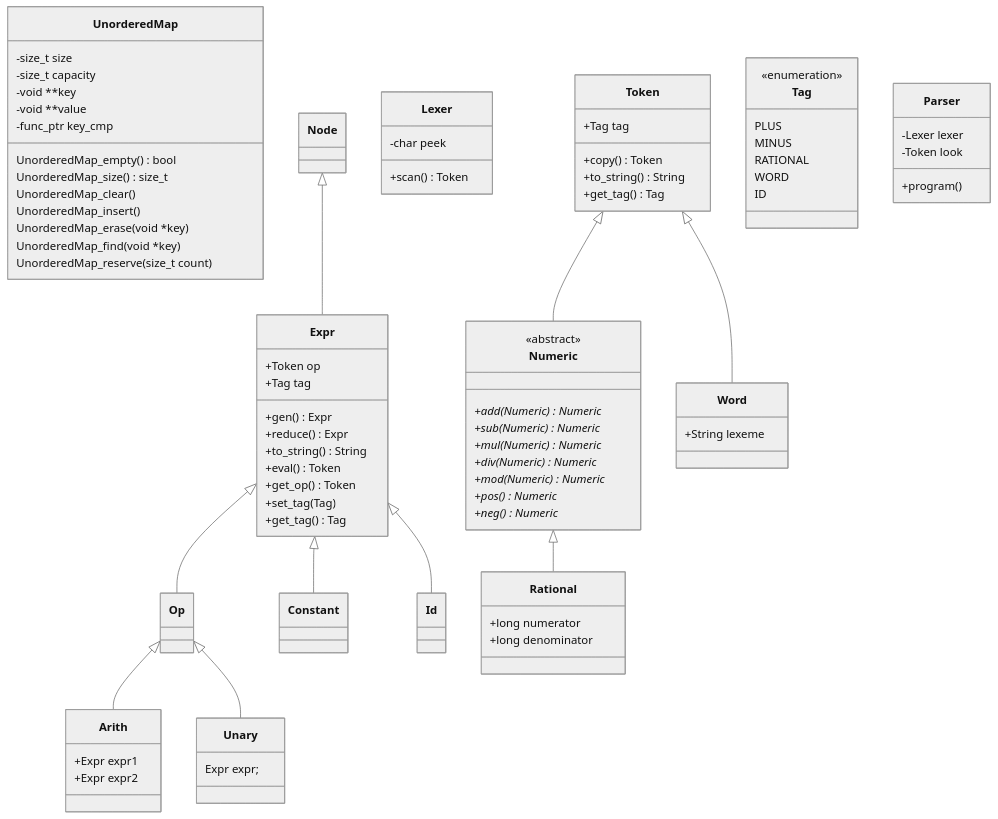
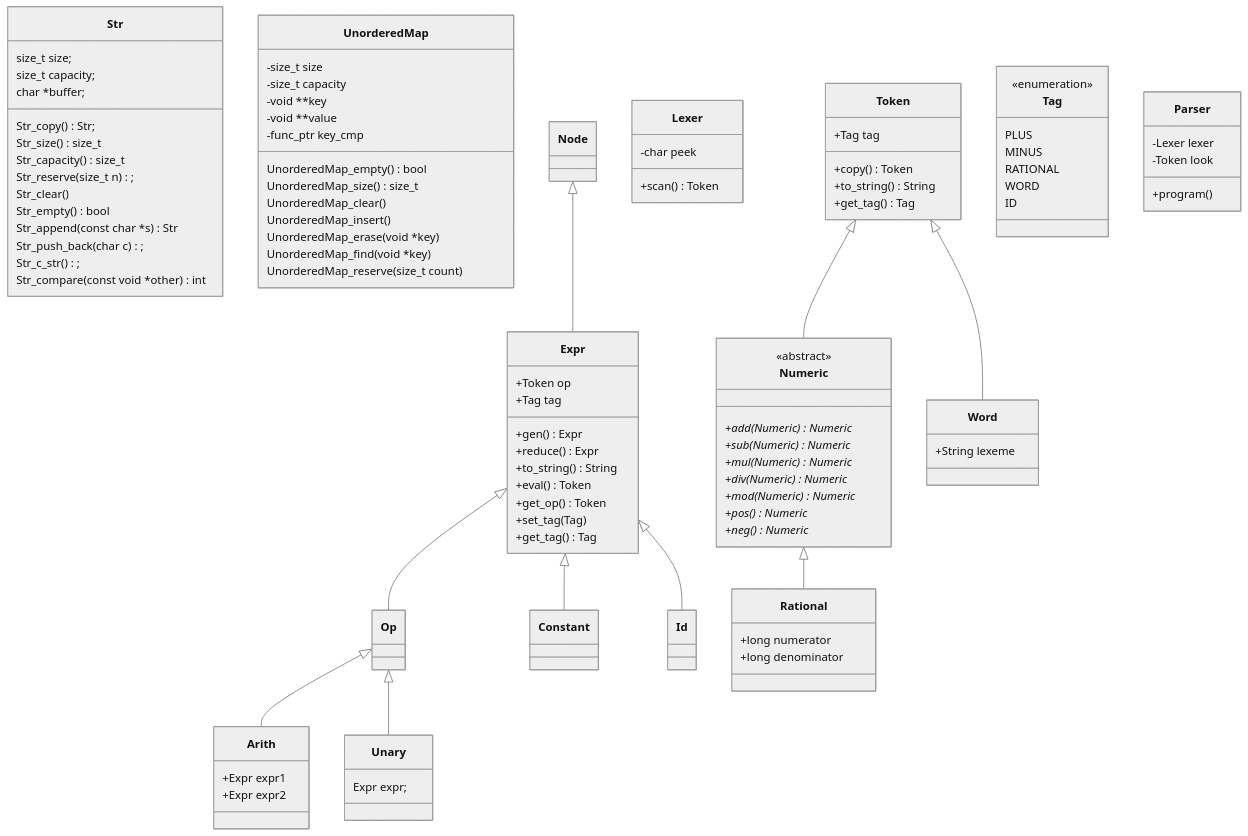
One commit to nwhean/42_computorv changed the diagram in diagram.md. Above: the diagram before and after it, drawn with Mermaid (neutral theme). The commit also changed 12 other files, not shown here.

````diff
--- a/diagram.md
+++ b/diagram.md
@@ -1,6 +1,22 @@
 ```mermaid
 classDiagram
 	%% container
+
+	class Str {
+		size_t	size;
+		size_t	capacity;
+		char	*buffer;
+		Str_copy() Str;
+		Str_size() size_t
+		Str_capacity() size_t
+		Str_reserve(size_t n);
+		Str_clear()
+		Str_empty() bool
+		Str_append(const char *s) Str
+		Str_push_back(char c);
+		Str_c_str();
+		Str_compare(const void *other) int
+	}
 
 	class UnorderedMap {
 		-size_t size
````
